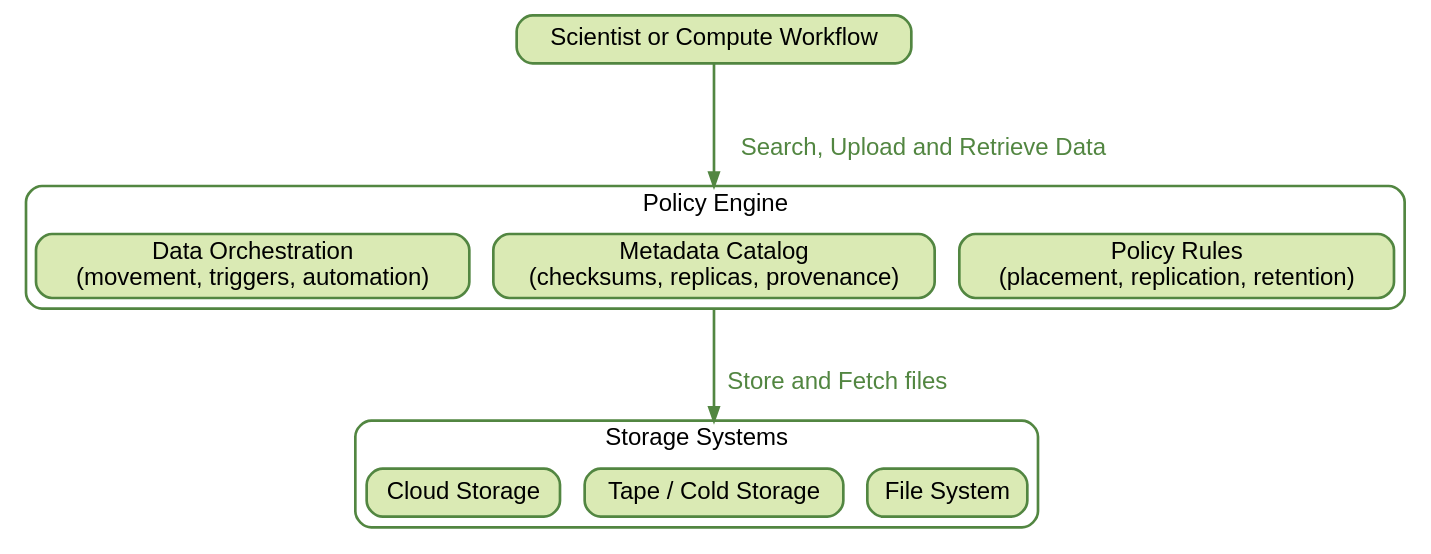
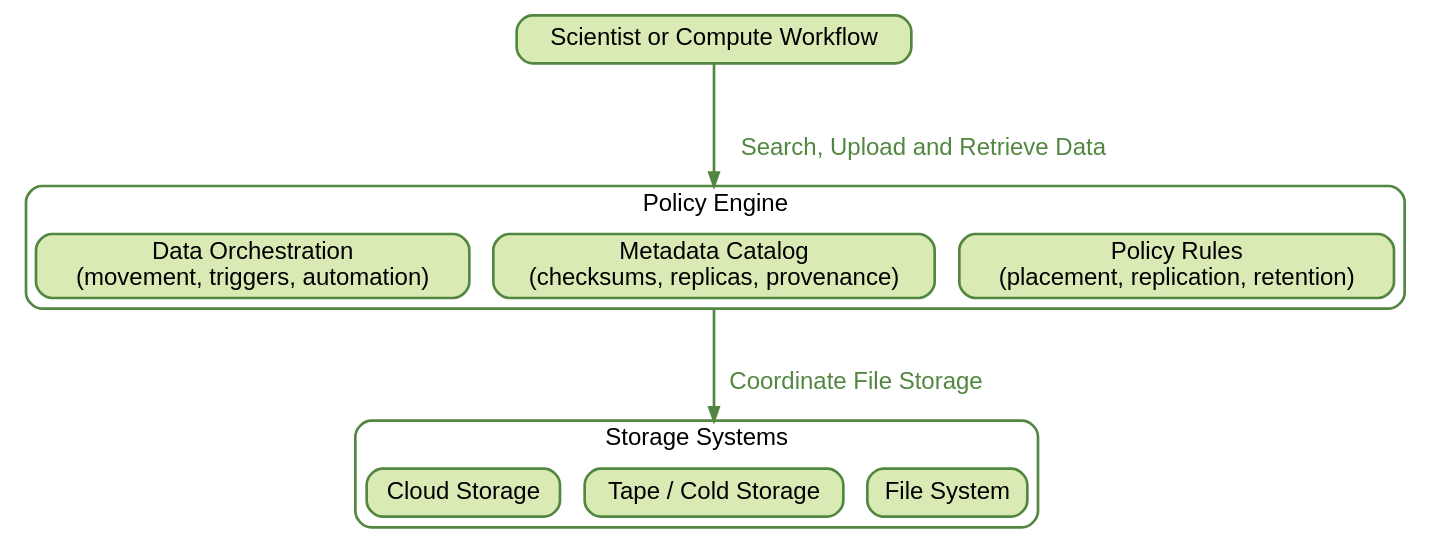
The first of 6 diagrams in book/policy-engines.qmd (chStaiger/rdm-tech-foundations), drawn with Graphviz before and after one commit. The commit also changed other lines of this file, not shown here.

````diff
--- a/book/policy-engines.qmd
+++ b/book/policy-engines.qmd
@@ -58,78 +54,78 @@
 ```{dot}
 //| label: fig-policy-engines
 //| fig-cap: Policy engines coordinate storage, enabling metadata‑driven automation and consistent digital‑object management across distributed systems.
 //| fig-align: center
 //| fig-width: 8
 
 digraph policy_engines {
 
     graph [
         rankdir=TB,
         bgcolor="white",
         fontname="Helvetica",
         fontsize=18,
         ranksep=1.5,
         compound=True
     ];
 
     node [
         shape=box,
         style="rounded,filled",
         fontname="Helvetica",
         fontsize=18,
         color="#528641",
         fillcolor="#DAEAB4",
         penwidth=2
     ];
 
     edge [
         fontname="Helvetica",
         fontsize=18,
         color="#528641",
         fontcolor="#528641",
         penwidth=2
     ];
 
     User [label="Scientist or Compute Workflow"];
 
     // ----------------------------------------------------
     // Policy Engine cluster with vertical stacking
     // ----------------------------------------------------
     subgraph cluster_policy {
         label="Policy Engine";
         color="#528641";
         penwidth=2;
         style="rounded";
 
 
         // Cluster nodes
         Rules         [label="Policy Rules\n(placement, replication, retention)"];
         Catalog       [label="Metadata Catalog\n(checksums, replicas, provenance)"];
         
         Orchestration [label="Data Orchestration\n(movement, triggers, automation)"];
 
     }
 
     // ----------------------------------------------------
     // Storage Systems cluster with vertical stacking
     // ----------------------------------------------------
     subgraph cluster_storage {
         label="Storage Systems";
         color="#528641";
         penwidth=2;
         style="rounded";
 
         // Cluster nodes
         File     [label="File System"];
         Tape       [label="Tape / Cold Storage"];
         CloudStore [label="Cloud Storage"];
     }
 
     // ----------------------------------------------------
     // Edges between clusters via header nodes
     // ----------------------------------------------------
     User -> Catalog [label="Search, Upload and Retrieve Data ", lhead="cluster_policy",];
-    Catalog -> Tape [label="Store and Fetch files", ltail="cluster_policy", lhead="cluster_storage"];
+    Catalog -> Tape [label="Coordinate File Storage", ltail="cluster_policy", lhead="cluster_storage"];
 
 }
 ```
````
